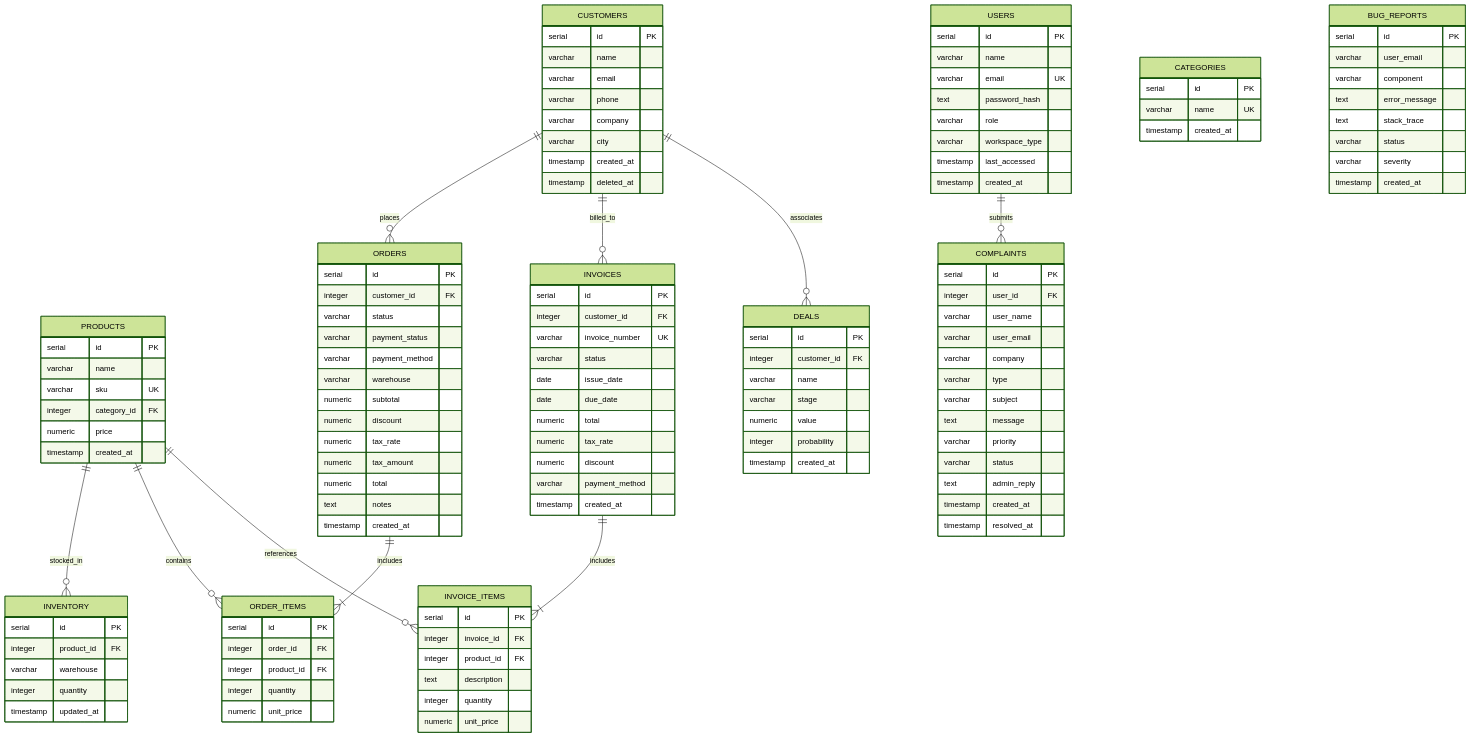
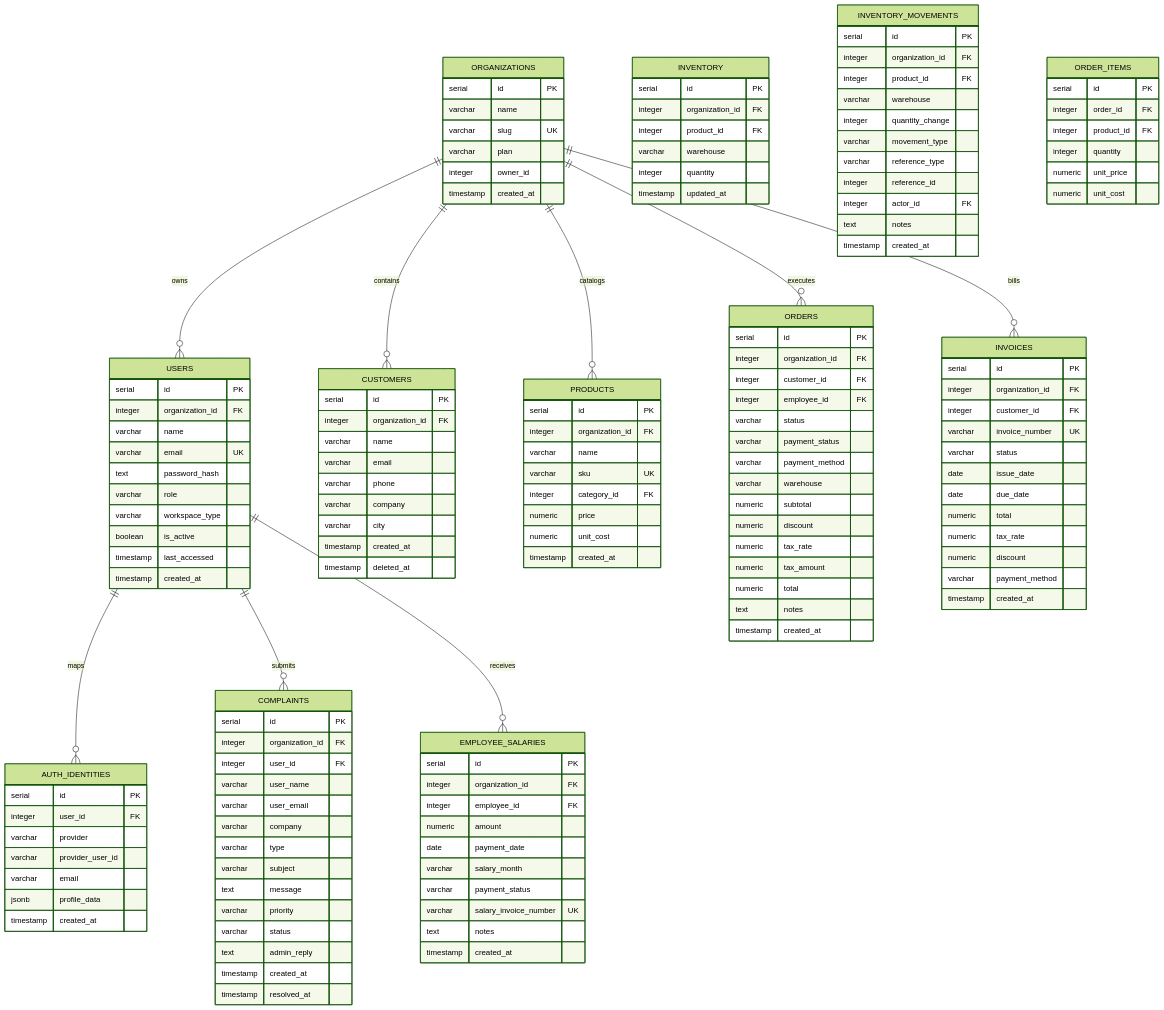
Before and after one commit to aaddi1/NEXUS: the second of 2 diagrams in README.md, drawn with Mermaid (forest theme). The commit also changed other lines of this file, not shown here.

Commit message:
Update README.md with complete multi-tenant schema, PWA desktop app, C++ engine, and 15-point test matrix

````diff
--- a/README.md
+++ b/README.md
@@ -134,18 +141,40 @@
 ```mermaid
 erDiagram
+    ORGANIZATIONS {
+        serial id PK
+        varchar name
+        varchar slug UK
+        varchar plan
+        integer owner_id
+        timestamp created_at
+    }
+
     USERS {
         serial id PK
+        integer organization_id FK
         varchar name
         varchar email UK
         text password_hash
         varchar role
         varchar workspace_type
+        boolean is_active
         timestamp last_accessed
+        timestamp created_at
+    }
+
+    AUTH_IDENTITIES {
+        serial id PK
+        integer user_id FK
+        varchar provider
+        varchar provider_user_id
+        varchar email
+        jsonb profile_data
         timestamp created_at
     }
 
     CUSTOMERS {
         serial id PK
+        integer organization_id FK
         varchar name
         varchar email
         varchar phone
@@ -155,32 +184,45 @@
         timestamp deleted_at
     }
 
-    CATEGORIES {
-        serial id PK
-        varchar name UK
-        timestamp created_at
-    }
-
     PRODUCTS {
         serial id PK
+        integer organization_id FK
         varchar name
         varchar sku UK
         integer category_id FK
         numeric price
+        numeric unit_cost
         timestamp created_at
     }
 
     INVENTORY {
         serial id PK
+        integer organization_id FK
         integer product_id FK
         varchar warehouse
         integer quantity
         timestamp updated_at
     }
 
+    INVENTORY_MOVEMENTS {
+        serial id PK
+        integer organization_id FK
+        integer product_id FK
+        varchar warehouse
+        integer quantity_change
+        varchar movement_type
+        varchar reference_type
+        integer reference_id
+        integer actor_id FK
+        text notes
+        timestamp created_at
+    }
+
     ORDERS {
         serial id PK
+        integer organization_id FK
         integer customer_id FK
+        integer employee_id FK
         varchar status
         varchar payment_status
         varchar payment_method
@@ -200,10 +242,12 @@
         integer product_id FK
         integer quantity
         numeric unit_price
+        numeric unit_cost
     }
 
     INVOICES {
         serial id PK
+        integer organization_id FK
         integer customer_id FK
         varchar invoice_number UK
         varchar status
@@ -216,17 +260,22 @@
         timestamp created_at
     }
 
-    INVOICE_ITEMS {
+    EMPLOYEE_SALARIES {
         serial id PK
-        integer invoice_id FK
-        integer product_id FK
-        text description
-        integer quantity
-        numeric unit_price
+        integer organization_id FK
+        integer employee_id FK
+        numeric amount
+        date payment_date
+        varchar salary_month
+        varchar payment_status
+        varchar salary_invoice_number UK
+        text notes
+        timestamp created_at
     }
 
     COMPLAINTS {
         serial id PK
+        integer organization_id FK
         integer user_id FK
         varchar user_name
         varchar user_email
@@ -241,34 +290,12 @@
         timestamp resolved_at
     }
 
-    BUG_REPORTS {
-        serial id PK
-        varchar user_email
-        varchar component
-        text error_message
-        text stack_trace
-        varchar status
-        varchar severity
-        timestamp created_at
-    }
-
-    DEALS {
-        serial id PK
-        integer customer_id FK
-        varchar name
-        varchar stage
-        numeric value
-        integer probability
-        timestamp created_at
-    }
-
-    CUSTOMERS ||--o{ ORDERS : places
-    CUSTOMERS ||--o{ INVOICES : billed_to
-    CUSTOMERS ||--o{ DEALS : associates
-    PRODUCTS ||--o{ INVENTORY : stocked_in
-    PRODUCTS ||--o{ ORDER_ITEMS : contains
-    PRODUCTS ||--o{ INVOICE_ITEMS : references
-    ORDERS ||--|{ ORDER_ITEMS : includes
-    INVOICES ||--|{ INVOICE_ITEMS : includes
+    ORGANIZATIONS ||--o{ USERS : owns
+    ORGANIZATIONS ||--o{ CUSTOMERS : contains
+    ORGANIZATIONS ||--o{ PRODUCTS : catalogs
+    ORGANIZATIONS ||--o{ ORDERS : executes
+    ORGANIZATIONS ||--o{ INVOICES : bills
+    USERS ||--o{ AUTH_IDENTITIES : maps
     USERS ||--o{ COMPLAINTS : submits
+    USERS ||--o{ EMPLOYEE_SALARIES : receives
 ```
````
